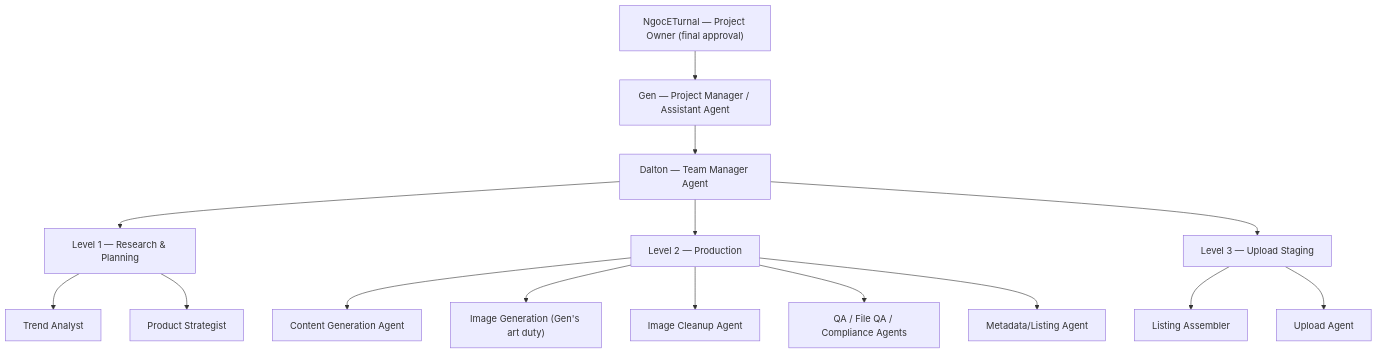
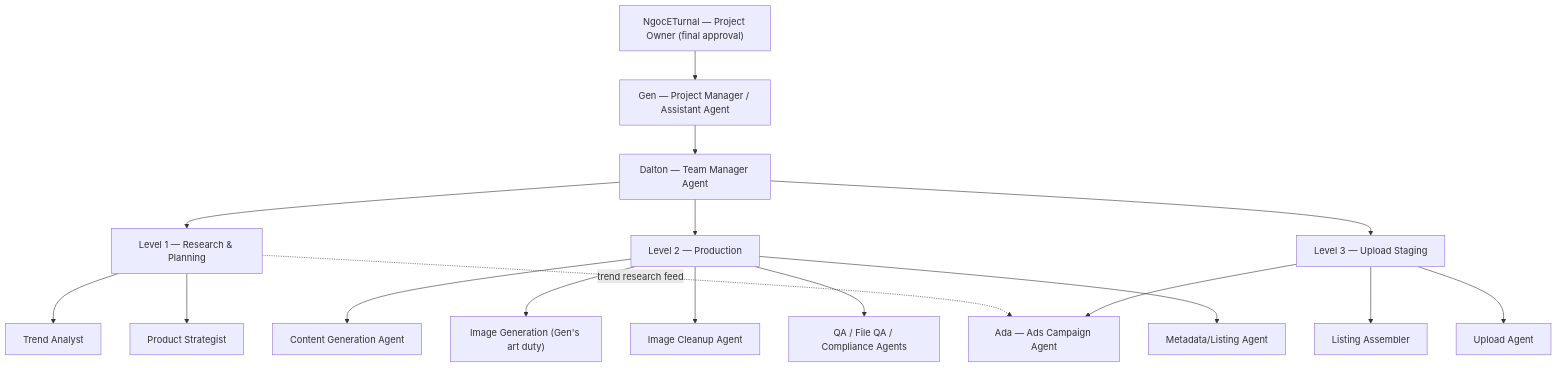
The diagram in kdp-coloring-book-automation/docs/01-team-roles-and-workflow.md (Gitgitgetitgrl/Gitgitgetitgrl), drawn with Mermaid before and after one commit. The commit also changed other lines of this file and 7 other files, not shown here.

````diff
--- a/kdp-coloring-book-automation/docs/01-team-roles-and-workflow.md
+++ b/kdp-coloring-book-automation/docs/01-team-roles-and-workflow.md
@@ -36,17 +36,19 @@
 ```mermaid
 graph TD
     OWNER["NgocETurnal — Project Owner (final approval)"] --> GEN["Gen — Project Manager / Assistant Agent"]
     GEN --> DALTON["Dalton — Team Manager Agent"]
     DALTON --> L1["Level 1 — Research & Planning"]
     DALTON --> L2["Level 2 — Production"]
     DALTON --> L3["Level 3 — Upload Staging"]
     L1 --> TA["Trend Analyst"]
     L1 --> PS["Product Strategist"]
     L2 --> CG["Content Generation Agent"]
     L2 --> GENART["Image Generation (Gen's art duty)"]
     L2 --> CLEAN["Image Cleanup Agent"]
     L2 --> QA["QA / File QA / Compliance Agents"]
     L2 --> META["Metadata/Listing Agent"]
     L3 --> ASM["Listing Assembler"]
     L3 --> UP["Upload Agent"]
+    L3 --> ADA["Ada — Ads Campaign Agent"]
+    L1 -.trend research feed.-> ADA
 ```
````
